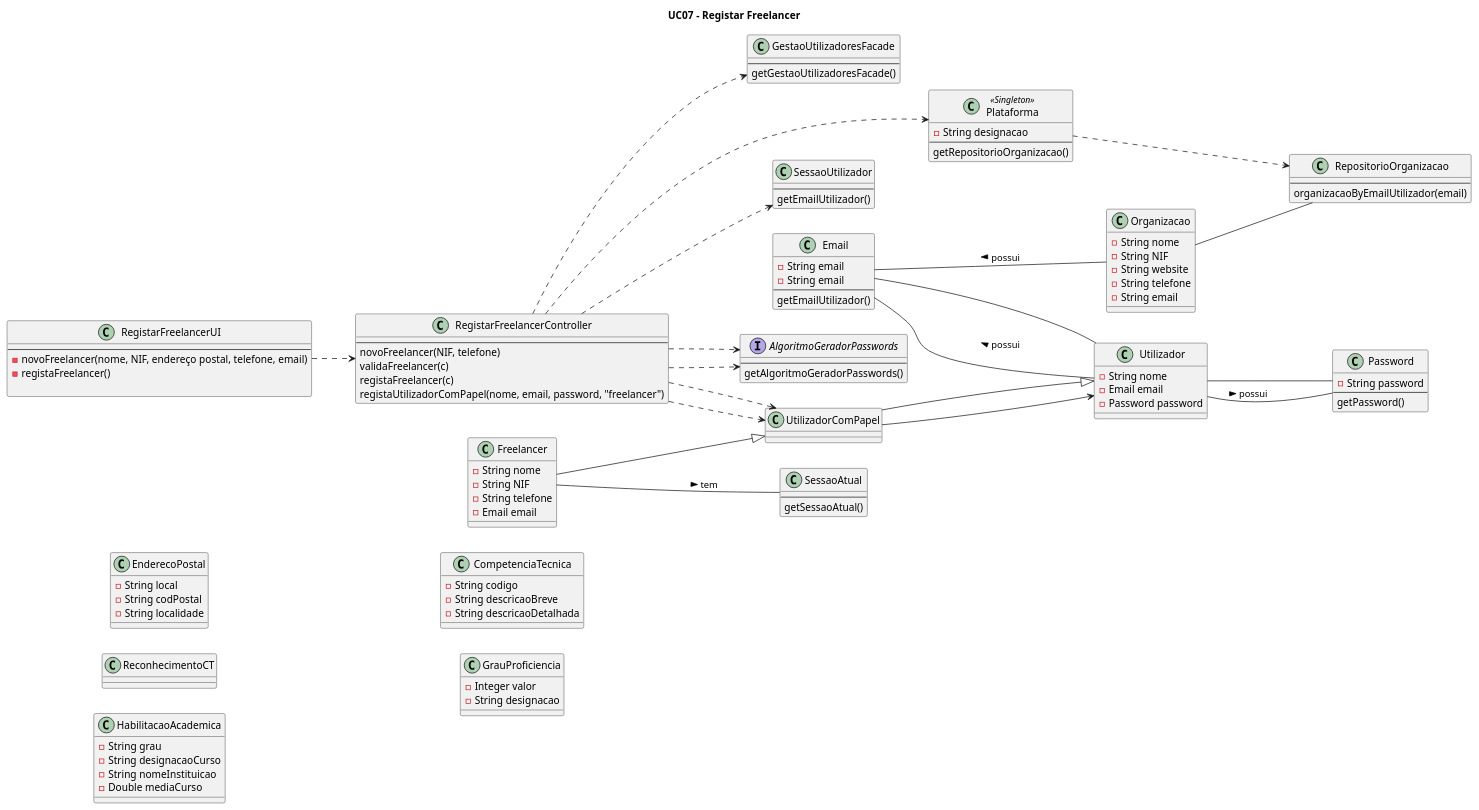
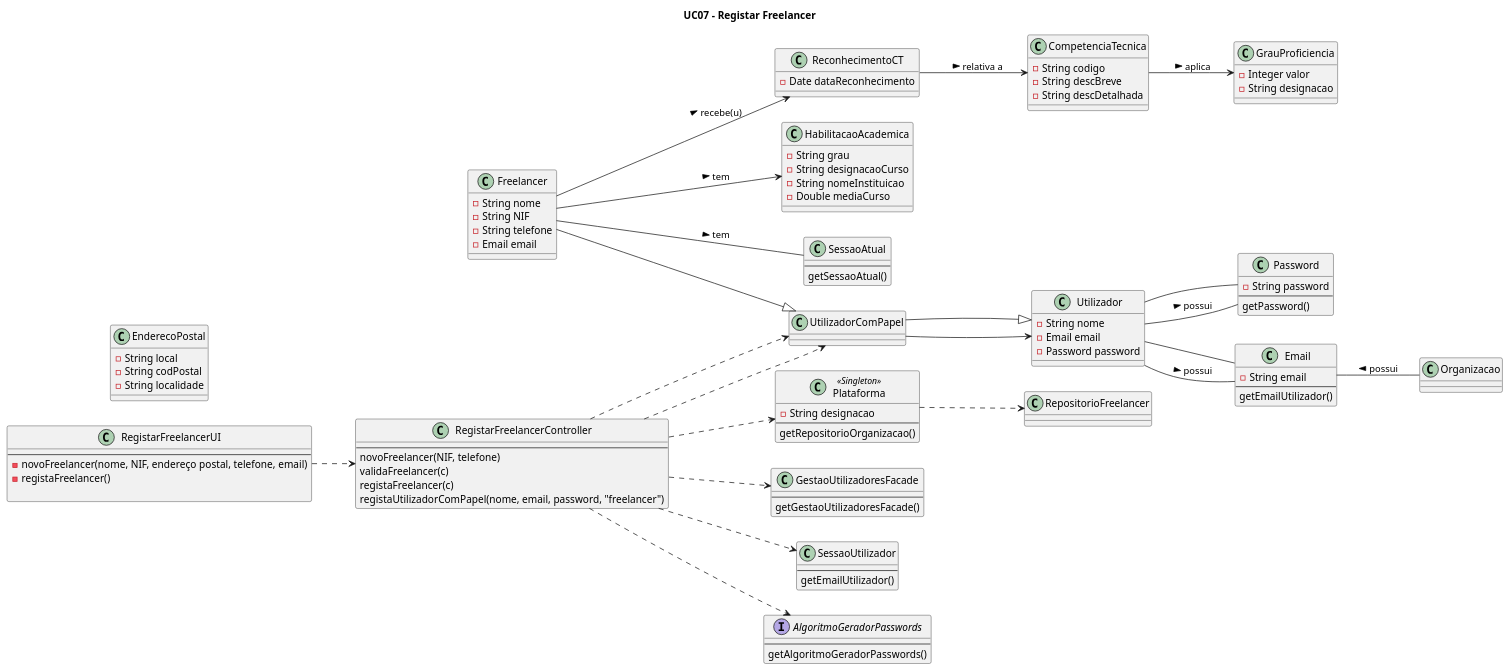
One commit to blestonbandeiraUPSKILL/upskill_java1_labprg_grupo2 changed the diagram in Documentação/Sprint 3/UC07_Registar_Freelancer/UC07_Registar_Freelancer_Diagrama_Classes.puml. Above: the diagram before and after it, drawn with PlantUML.

```diff
--- a/Documentação/Sprint 3/UC07_Registar_Freelancer/UC07_Registar_Freelancer_Diagrama_Classes.puml
+++ b/Documentação/Sprint 3/UC07_Registar_Freelancer/UC07_Registar_Freelancer_Diagrama_Classes.puml
@@ -1,145 +1,136 @@
 @startuml
 
 title UC07 - Registar Freelancer
 
 left to right direction
 
 class Plataforma <<Singleton>> {
     -String designacao
     --
     getRepositorioOrganizacao()
 }
 
 class RegistarFreelancerUI{
     --
     -novoFreelancer(nome, NIF, endereço postal, telefone, email)
     -registaFreelancer()
 
 }
 
 class RegistarFreelancerController{
     --
     novoFreelancer(NIF, telefone)
     validaFreelancer(c)
     registaFreelancer(c)
     registaUtilizadorComPapel(nome, email, password, "freelancer")
 }
 
 class Freelancer {
     -String nome
     -String NIF
     -String telefone
     -Email email
 }
 
 class EnderecoPostal {
     -String local
     -String codPostal
     -String localidade
 }
 
-class Email {
-    -String email
-}
-
 class ReconhecimentoCT {
+    -Date dataReconhecimento
 }
 
 class HabilitacaoAcademica {
     -String grau
     -String designacaoCurso
     -String nomeInstituicao
     -Double mediaCurso
 }
 
 class CompetenciaTecnica {
     -String codigo
-    -String descricaoBreve
-    -String descricaoDetalhada
+    -String descBreve
+    -String descDetalhada
 }
 
 class GrauProficiencia {
     -Integer valor
     -String designacao
 }
 
 class Utilizador {
     -String nome
     -Email email
     -Password password
 }
 
 class GestaoUtilizadoresFacade{
     --
     getGestaoUtilizadoresFacade()
 }
 
 class SessaoAtual{
     --
     getSessaoAtual()
 }
 
 class SessaoUtilizador{
     --
     getEmailUtilizador()
 }
 
-class RepositorioOrganizacao{
-    --
-    organizacaoByEmailUtilizador(email)
+class RepositorioFreelancer{
+
 }
 
 interface AlgoritmoGeradorPasswords{
     --
     getAlgoritmoGeradorPasswords()
 }
 
 class Password{
     -String password
     --
     getPassword()
 }
 
 class UtilizadorComPapel{
 }
 
 
 class Email {
     -String email
     --
     getEmailUtilizador()
 }
 
-class Organizacao {
-    -String nome
-    -String NIF
-    -String website
-    -String telefone
-    -String email
-}
-
 RegistarFreelancerUI ..> RegistarFreelancerController
 RegistarFreelancerController ..> SessaoUtilizador
 RegistarFreelancerController ..> Plataforma
 RegistarFreelancerController ..> AlgoritmoGeradorPasswords
 RegistarFreelancerController ..> GestaoUtilizadoresFacade
 RegistarFreelancerController ..> UtilizadorComPapel
 UtilizadorComPapel --> Utilizador
 Utilizador -- Password
 Utilizador -- Email
 Email -- Organizacao: < possui
+Freelancer --> ReconhecimentoCT: recebe(u) >
+ReconhecimentoCT --> CompetenciaTecnica: relativa a >
+CompetenciaTecnica --> GrauProficiencia: aplica >
+Freelancer --> HabilitacaoAcademica: tem >
 
 
 Freelancer --|> UtilizadorComPapel
 UtilizadorComPapel --|> Utilizador
 Email -- Utilizador: < possui
 Password -- Utilizador: < possui
 
-Organizacao -- RepositorioOrganizacao
+
 Freelancer -- SessaoAtual: tem >
 RegistarFreelancerController ..> UtilizadorComPapel
-RegistarFreelancerController ..> AlgoritmoGeradorPasswords
-Plataforma ..> RepositorioOrganizacao
+Plataforma ..> RepositorioFreelancer
 
 
 @enduml
```
